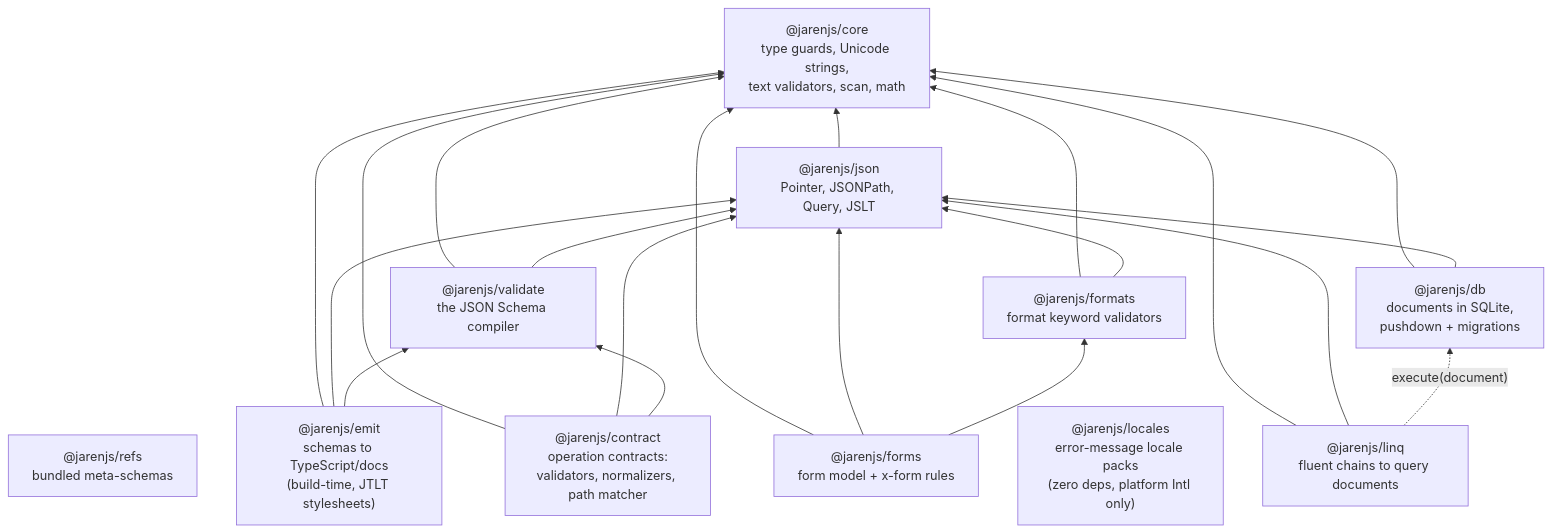
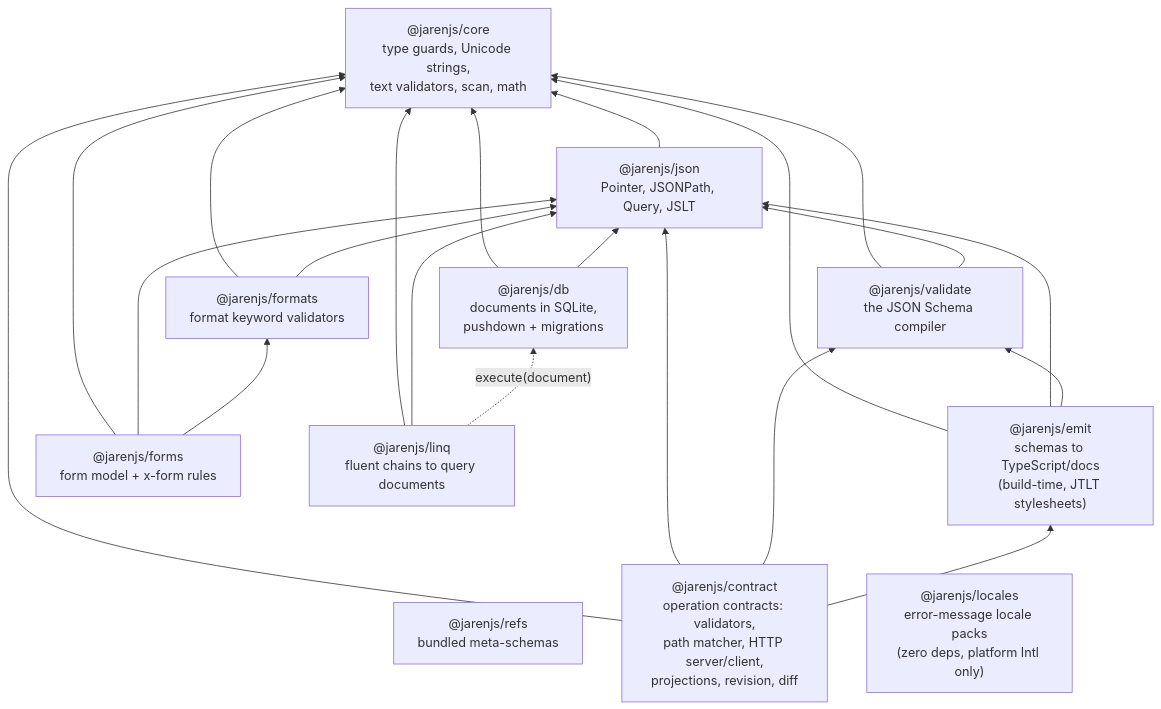
One commit to jklarenbeek/jarenjs changed the first of 2 diagrams in docs/ARCHITECTURE.md. Above: the diagram before and after it, drawn with Mermaid. The commit also changed other lines of this file and 62 other files, not shown here.

Commit message:
Added the revision, diffContracts and the dispatch benchmark to @jarenjs/contract, closing phase 1

````diff
--- a/docs/ARCHITECTURE.md
+++ b/docs/ARCHITECTURE.md
@@ -40,34 +40,35 @@
 ```mermaid
 flowchart BT
     CORE["@jarenjs/core<br/>type guards, Unicode strings,<br/>text validators, scan, math"]
     JSON["@jarenjs/json<br/>Pointer, JSONPath, Query, JSLT"]
     VALIDATE["@jarenjs/validate<br/>the JSON Schema compiler"]
     FORMATS["@jarenjs/formats<br/>format keyword validators"]
     REFS["@jarenjs/refs<br/>bundled meta-schemas"]
     EMIT["@jarenjs/emit<br/>schemas to TypeScript/docs<br/>(build-time, JTLT stylesheets)"]
-    CONTRACT["@jarenjs/contract<br/>operation contracts:<br/>validators, normalizers, path matcher"]
+    CONTRACT["@jarenjs/contract<br/>operation contracts: validators,<br/>path matcher, HTTP server/client,<br/>projections, revision, diff"]
     FORMS["@jarenjs/forms<br/>form model + x-form rules"]
     LOCALES["@jarenjs/locales<br/>error-message locale packs<br/>(zero deps, platform Intl only)"]
     LINQ["@jarenjs/linq<br/>fluent chains to query documents"]
     DB["@jarenjs/db<br/>documents in SQLite,<br/>pushdown + migrations"]
 
     JSON --> CORE
     VALIDATE --> CORE
     VALIDATE --> JSON
     FORMATS --> CORE
     FORMATS --> JSON
     EMIT --> CORE
     EMIT --> JSON
     EMIT --> VALIDATE
     CONTRACT --> CORE
     CONTRACT --> JSON
     CONTRACT --> VALIDATE
+    CONTRACT --> EMIT
     FORMS --> CORE
     FORMS --> JSON
     FORMS --> FORMATS
     LINQ --> CORE
     LINQ --> JSON
     DB --> CORE
     DB --> JSON
     LINQ -. "execute(document)" .-> DB
 ```
````
